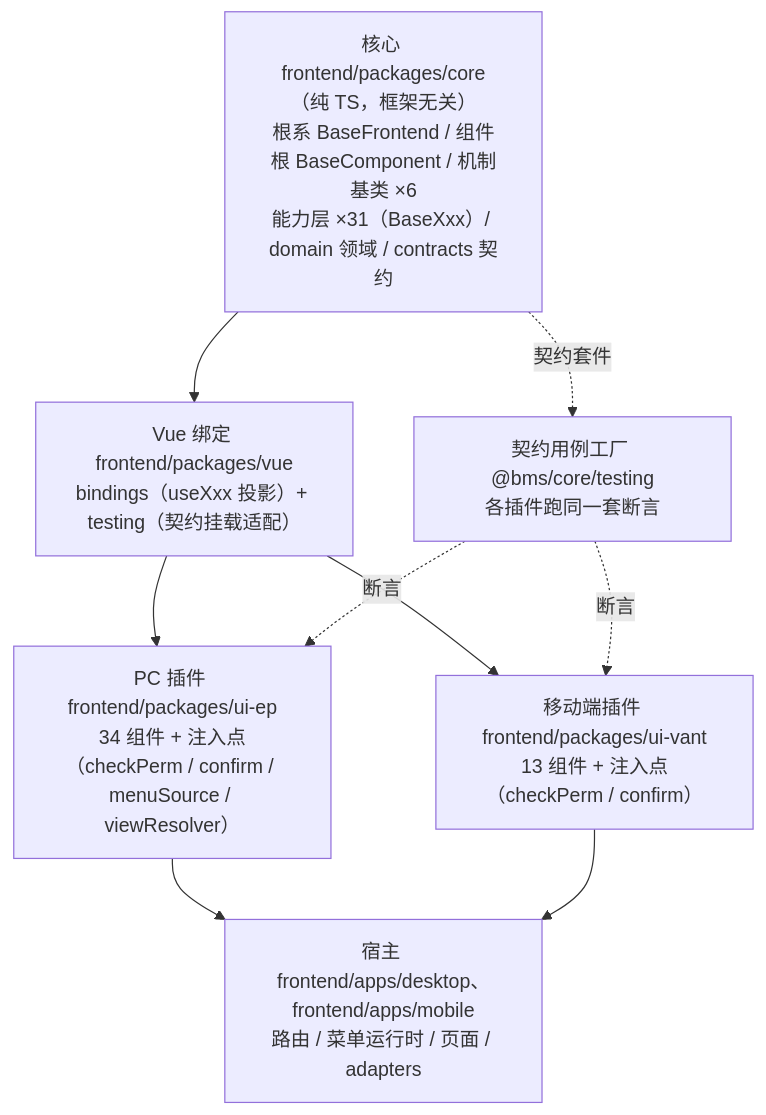
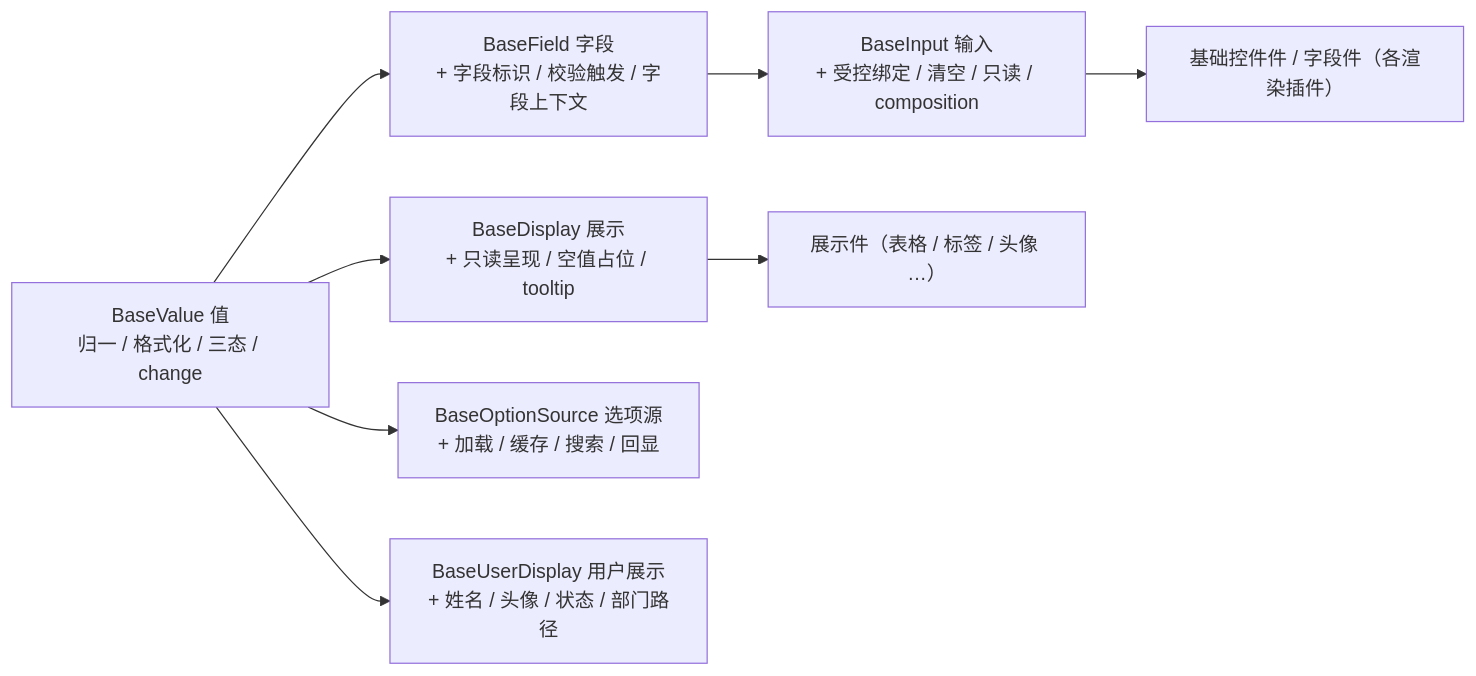
One commit to minjian123/basic-management-system changed the second of 4 diagrams in bms文档/前端基类清单.md. Above: the diagram before and after it, drawn with Mermaid. The commit also changed other lines of this file and 126 other files, not shown here.

````diff
--- a/bms文档/前端基类清单.md
+++ b/bms文档/前端基类清单.md
@@ -20,17 +293,10 @@
 ```mermaid
-flowchart TD
-    CORE["核心 frontend/packages/core（纯 TS，框架无关）<br/>根系 BaseFrontend / 组件根 BaseComponent / 机制基类 ×6<br/>能力层 ×31（BaseXxx）/ domain 领域 / contracts 契约"]
-    VUE["Vue 绑定 frontend/packages/vue<br/>bindings（useXxx 投影）+ testing（契约挂载适配）"]
-    EP["PC 插件 frontend/packages/ui-ep<br/>34 组件 + 注入点（checkPerm / confirm / menuSource / viewResolver）"]
-    VANT["移动端插件 frontend/packages/ui-vant<br/>13 组件 + 注入点（checkPerm / confirm）"]
-    APPS["宿主 frontend/apps/desktop、frontend/apps/mobile<br/>路由 / 菜单运行时 / 页面 / adapters"]
-    TEST["契约用例工厂 @bms/core/testing<br/>各插件跑同一套断言"]
-    CORE --> VUE
-    VUE --> EP
-    VUE --> VANT
-    EP --> APPS
-    VANT --> APPS
-    CORE -. "契约套件" .-> TEST
-    TEST -. "断言" .-> EP
-    TEST -. "断言" .-> VANT
+flowchart LR
+    V["BaseValue 值<br/>归一 / 格式化 / 三态 / change"] --> F["BaseField 字段<br/>+ 字段标识 / 校验触发 / 字段上下文"]
+    F --> I["BaseInput 输入<br/>+ 受控绑定 / 清空 / 只读 / composition"]
+    I --> C["基础控件件 / 字段件（各渲染插件）"]
+    V --> D["BaseDisplay 展示<br/>+ 只读呈现 / 空值占位 / tooltip"]
+    D --> E["展示件（表格 / 标签 / 头像 …）"]
+    V --> O["BaseOptionSource 选项源<br/>+ 加载 / 缓存 / 搜索 / 回显"]
+    V --> U["BaseUserDisplay 用户展示<br/>+ 姓名 / 头像 / 状态 / 部门路径"]
 ```
````
